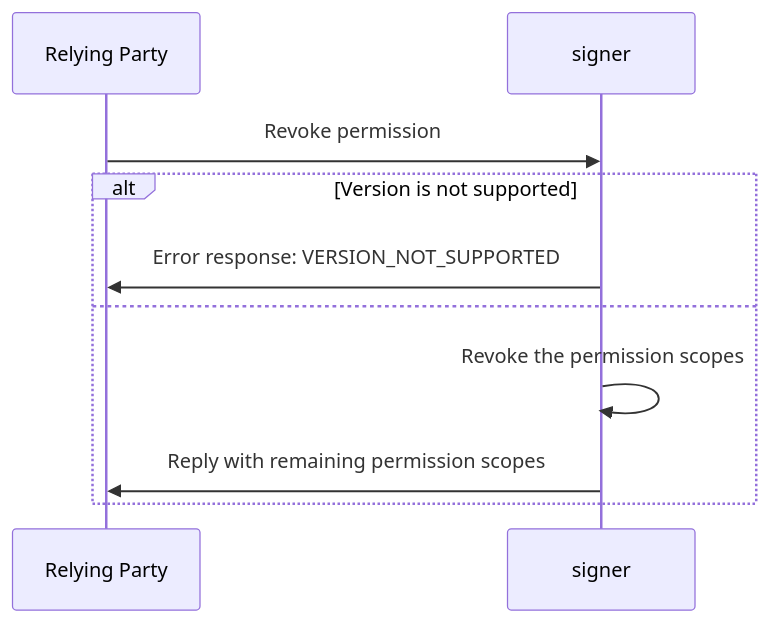
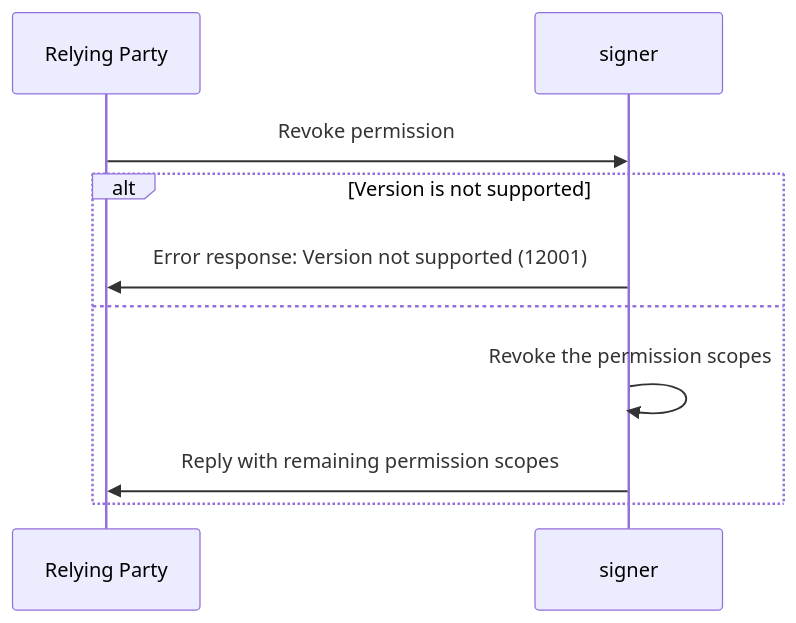
Before and after one commit to dfinity/wg-identity-authentication: the third of 3 diagrams in topics/icrc_25_signer_interaction_standard.md, drawn with Mermaid. The commit also changed other lines of this file, not shown here.

Commit message:
Fix error response specs to comply to JSON-RPC 2.0 standard

````diff
--- a/topics/icrc_25_signer_interaction_standard.md
+++ b/topics/icrc_25_signer_interaction_standard.md
@@ -409,13 +453,13 @@
 ```mermaid
 sequenceDiagram
     participant RP as Relying Party
     participant S as signer
 
     RP ->> S: Revoke permission
     alt Version is not supported
-        S ->> RP: Error response: VERSION_NOT_SUPPORTED
+        S ->> RP: Error response: Version not supported (12001)
     else
         S ->> S: Revoke the permission scopes
         S ->> RP: Reply with remaining permission scopes
     end
 ```
````
